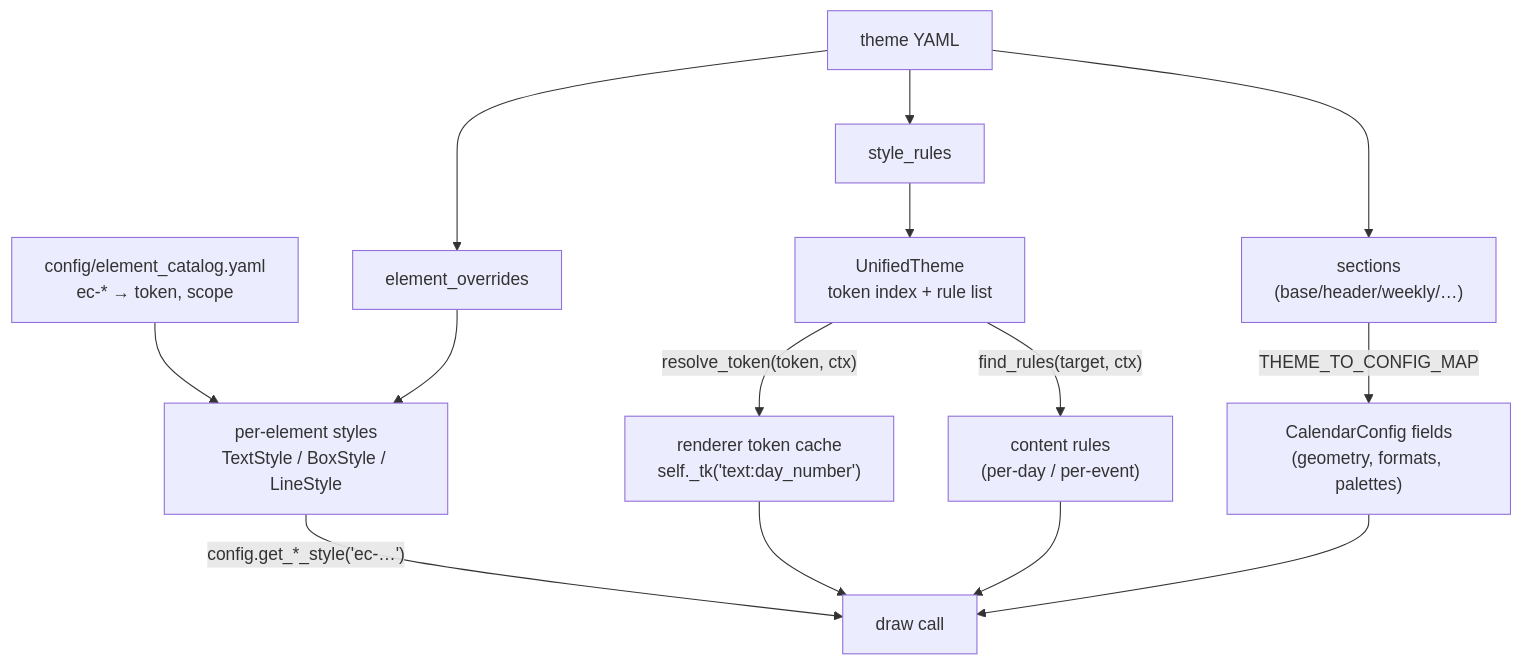
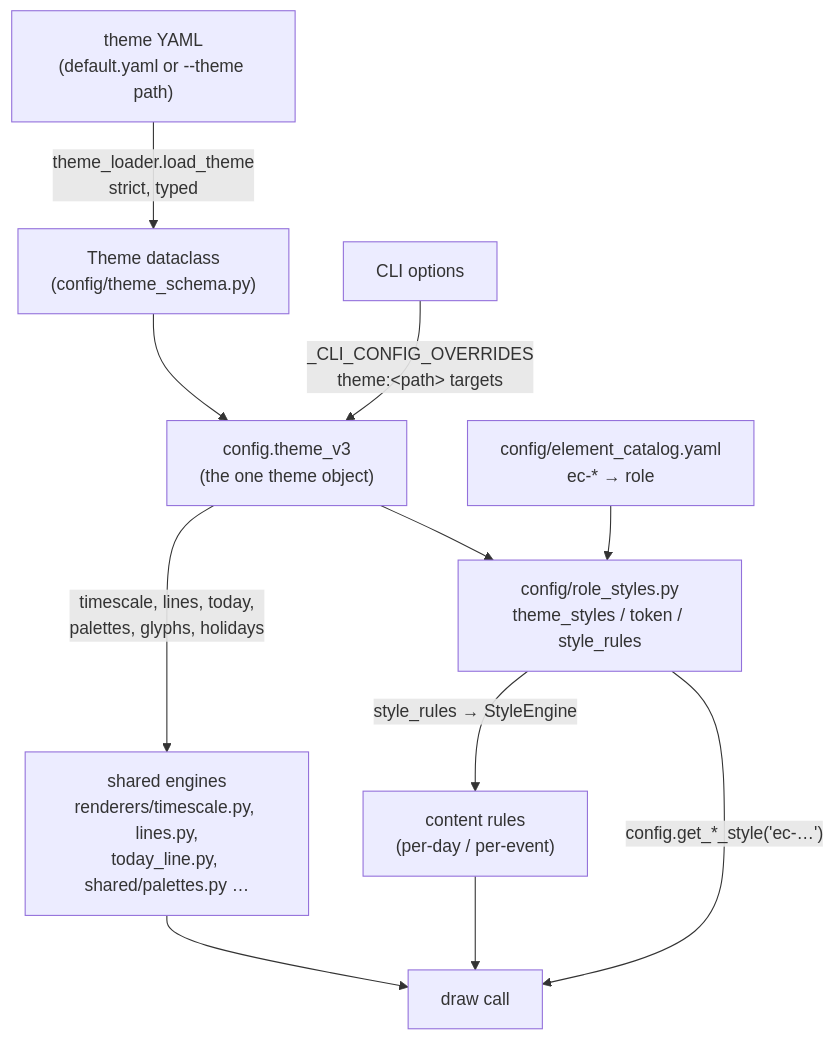
Before and after one commit to lee4321/calendarapp-: the diagram in docs/architecture/theme-resolution.md, drawn with Mermaid. The commit also changed other lines of this file and 167 other files, not shown here.

First line of the commit message:
themes: phase 6 — docs and help text for the v3 theme model

````diff
--- a/docs/architecture/theme-resolution.md
+++ b/docs/architecture/theme-resolution.md
@@ -8,17 +7,13 @@
 ```mermaid
 flowchart TD
-    Y["theme YAML"] --> S["sections<br/>(base/header/weekly/…)"]
-    Y --> R["style_rules"]
-    Y --> EO["element_overrides"]
-
-    S -->|THEME_TO_CONFIG_MAP| CF["CalendarConfig fields<br/>(geometry, formats, palettes)"]
-    R --> UT["UnifiedTheme<br/>token index + rule list"]
-    CAT["config/element_catalog.yaml<br/>ec-* → token, scope"] --> ES
-    EO --> ES["per-element styles<br/>TextStyle / BoxStyle / LineStyle"]
-    UT -->|"resolve_token(token, ctx)"| TK["renderer token cache<br/>self._tk('text:day_number')"]
-    UT -->|"find_rules(target, ctx)"| CR["content rules<br/>(per-day / per-event)"]
-    ES -->|"config.get_*_style('ec-…')"| DRAW["draw call"]
-    TK --> DRAW
+    Y["theme YAML<br/>(default.yaml or --theme path)"] -->|"theme_loader.load_theme<br/>strict, typed"| T["Theme dataclass<br/>(config/theme_schema.py)"]
+    T --> CFG["config.theme_v3<br/>(the one theme object)"]
+    CLI["CLI options"] -->|"_CLI_CONFIG_OVERRIDES<br/>theme:&lt;path&gt; targets"| CFG
+    CFG --> RS["config/role_styles.py<br/>theme_styles / token / style_rules"]
+    CAT["config/element_catalog.yaml<br/>ec-* → role"] --> RS
+    RS -->|"config.get_*_style('ec-…')"| DRAW["draw call"]
+    CFG -->|"timescale, lines, today,<br/>palettes, glyphs, holidays"| ENG["shared engines<br/>renderers/timescale.py, lines.py,<br/>today_line.py, shared/palettes.py …"]
+    ENG --> DRAW
+    RS -->|"style_rules → StyleEngine"| CR["content rules<br/>(per-day / per-event)"]
     CR --> DRAW
-    CF --> DRAW
 ```
````
